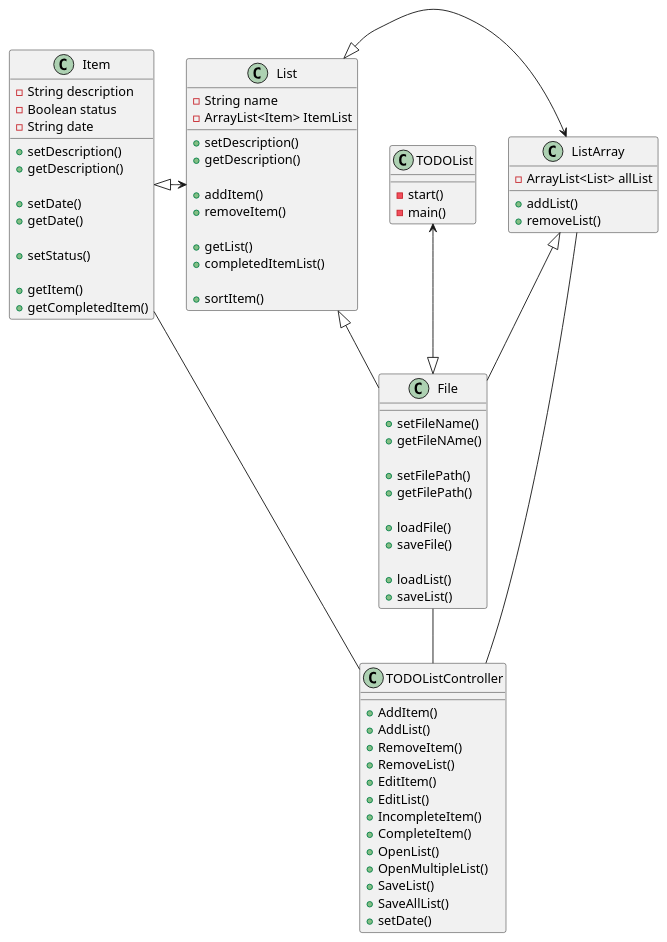
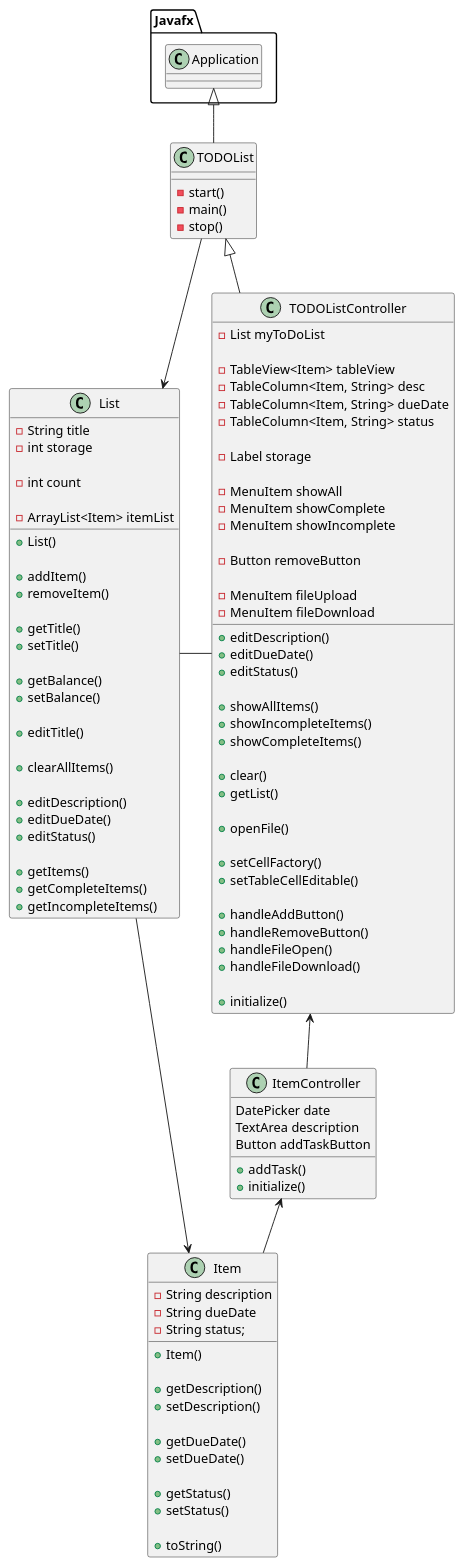
One commit to annbinus/To-Do-App changed the diagram in uml/ListClasses.puml. Above: the diagram before and after it, drawn with PlantUML. The commit also changed 2 other files, not shown here.

```diff
--- a/uml/ListClasses.puml
+++ b/uml/ListClasses.puml
@@ -1,96 +1,134 @@
 @startuml
 'https://plantuml.com/class-diagram
 
 class TODOList{
 -start()
 -main()
+-stop()
 }
 
 class TODOListController{
 
-+AddItem()
-+AddList()
-+RemoveItem()
-+RemoveList()
-+EditItem()
-+EditList()
-+IncompleteItem()
-+CompleteItem()
-+OpenList()
-+OpenMultipleList()
-+SaveList()
-+SaveAllList()
-+setDate()
+-List myToDoList
+
+-TableView<Item> tableView
+-TableColumn<Item, String> desc
+-TableColumn<Item, String> dueDate
+-TableColumn<Item, String> status
+
+-Label storage
+
+-MenuItem showAll
+-MenuItem showComplete
+-MenuItem showIncomplete
+
+-Button removeButton
+
+-MenuItem fileUpload
+-MenuItem fileDownload
+
++editDescription()
++editDueDate()
++editStatus()
+
++showAllItems()
++showIncompleteItems()
++showCompleteItems()
+
++clear()
++getList()
+
++openFile()
+
++setCellFactory()
++setTableCellEditable()
+
++handleAddButton()
++handleRemoveButton()
++handleFileOpen()
++handleFileDownload()
+
++initialize()
+
 }
 
 class List{
--String name
--ArrayList<Item> ItemList
 
-+setDescription()
-+getDescription()
+-String title
+-int storage
+
+-int count
+
+-ArrayList<Item> itemList
+
++List()
 
 +addItem()
 +removeItem()
 
-+getList()
-+completedItemList()
++getTitle()
++setTitle()
 
-+sortItem()
++getBalance()
++setBalance()
+
++editTitle()
+
++clearAllItems()
+
++editDescription()
++editDueDate()
++editStatus()
+
++getItems()
++getCompleteItems()
++getIncompleteItems()
 
 }
 
 class Item{
 -String description
--Boolean status
--String date
+-String dueDate
+-String status;
 
++Item()
+
++getDescription()
 +setDescription()
-+getDescription()
 
-+setDate()
-+getDate()
++getDueDate()
++setDueDate()
 
++getStatus()
 +setStatus()
 
-+getItem()
-+getCompletedItem()
++toString()
 
 }
 
-class File{
+class ItemController{
 
-+setFileName()
-+getFileNAme()
+DatePicker date
+TextArea description
+Button addTaskButton
 
-+setFilePath()
-+getFilePath()
-
-+loadFile()
-+saveFile()
-
-+loadList()
-+saveList()
-}
-
-class ListArray{
--ArrayList<List> allList
-+addList()
-+removeList()
++addTask()
++initialize()
 
 }
 
-Item -- TODOListController
-ListArray -- TODOListController
-File -- TODOListController
 
+Javafx.Application <|-- TODOList
 
-TODOList <--|> File
-ListArray <|-- File
-List <|-- File
-Item <|-> List
-List <|-> ListArray
+TODOList <|-- TODOListController
+List - TODOListController
+
+TODOList --> List
+List --> Item
+
+TODOListController <-- ItemController
+ItemController <-- Item
 
 
 
 @enduml
```
